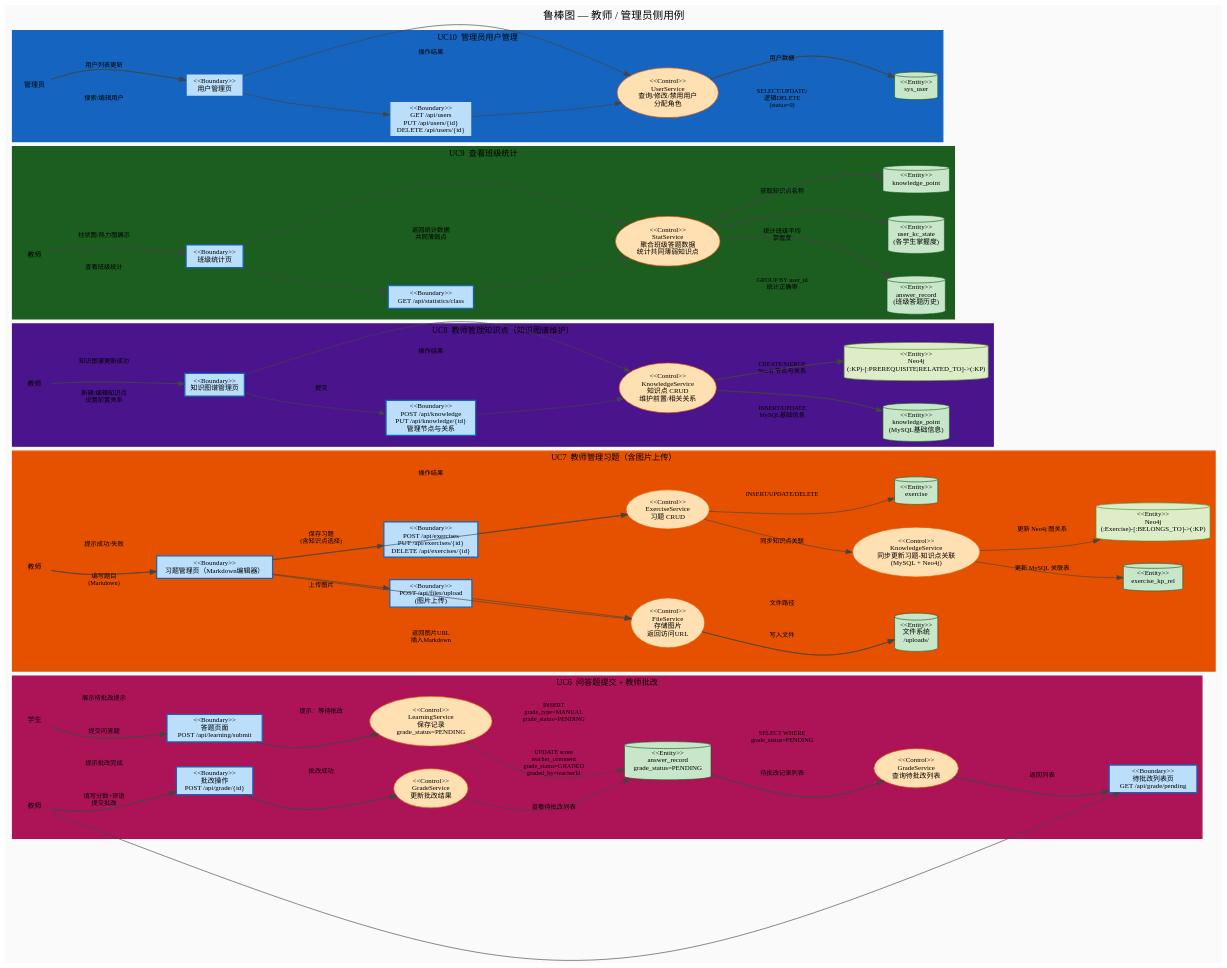
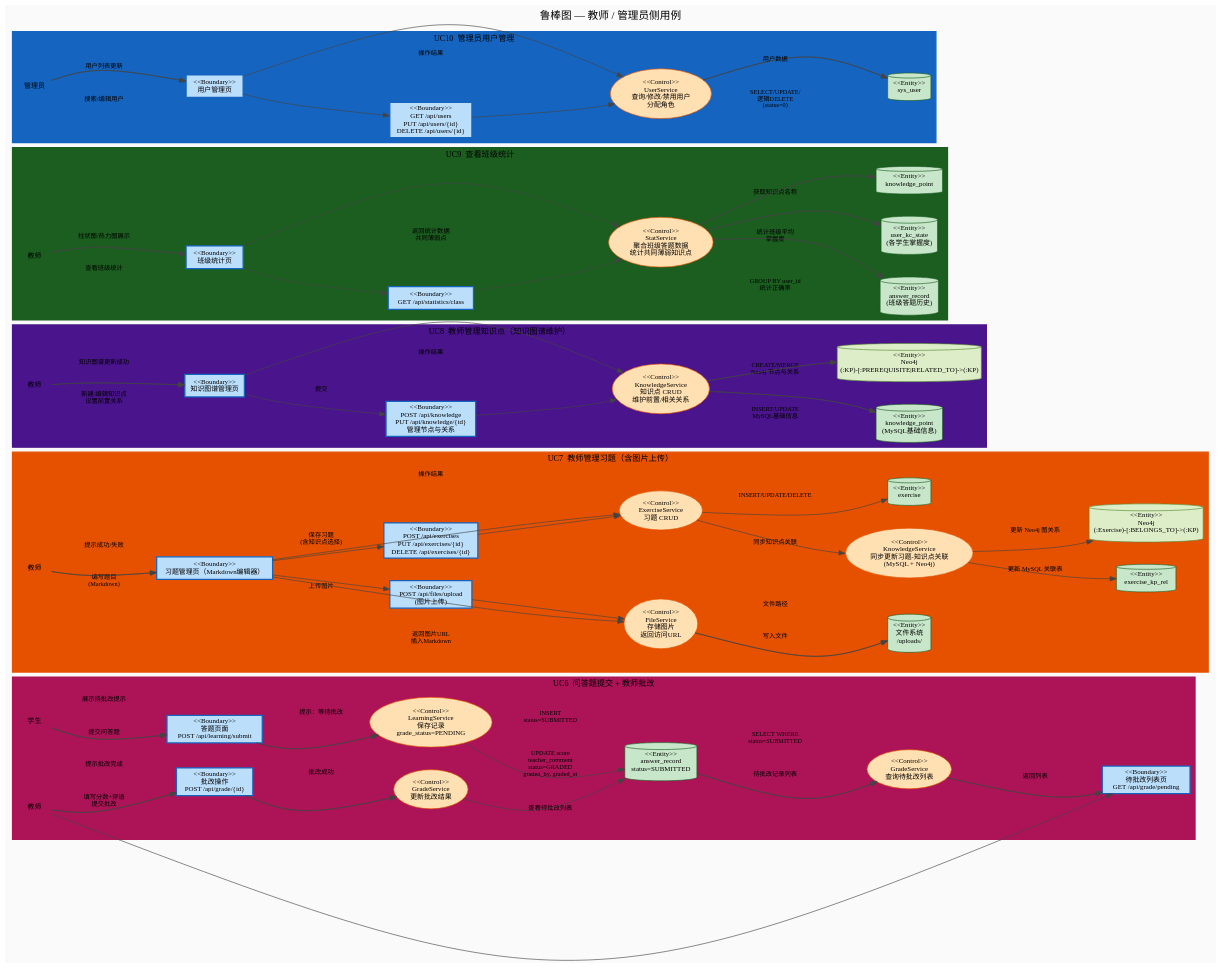
One commit to Efasfdasd452/reco_sys_ui changed the diagram in docs/robustness-teacher.dot. Above: the diagram before and after it, drawn with Graphviz. The commit also changed 30 other files, not shown here.

```diff
--- a/docs/robustness-teacher.dot
+++ b/docs/robustness-teacher.dot
@@ -54,24 +54,24 @@
         u6_c3 [label="<<Control>>\nGradeService\n更新批改结果"                     shape=ellipse style=filled fillcolor="#FFE0B2" color="#E65100"]
 
         // Entity
-        u6_e1 [label="<<Entity>>\nanswer_record\ngrade_status=PENDING" shape=cylinder style=filled fillcolor="#C8E6C9" color="#1B5E20"]
+        u6_e1 [label="<<Entity>>\nanswer_record\nstatus=SUBMITTED" shape=cylinder style=filled fillcolor="#C8E6C9" color="#1B5E20"]
     }
 
     u6_student -> u6_b1   [label="提交问答题"]
     u6_b1      -> u6_c1
-    u6_c1      -> u6_e1   [label="INSERT\ngrade_type=MANUAL\ngrade_status=PENDING"]
+    u6_c1      -> u6_e1   [label="INSERT\nstatus=SUBMITTED"]
     u6_c1      -> u6_b1   [label="提示：等待批改"]
     u6_b1      -> u6_student [label="展示待批改提示"]
 
     u6_teacher -> u6_b2   [label="查看待批改列表"]
     u6_b2      -> u6_c2
-    u6_c2      -> u6_e1   [label="SELECT WHERE\ngrade_status=PENDING"]
+    u6_c2      -> u6_e1   [label="SELECT WHERE\nstatus=SUBMITTED"]
     u6_e1      -> u6_c2   [label="待批改记录列表"]
     u6_c2      -> u6_b2   [label="返回列表"]
 
     u6_teacher -> u6_b3   [label="填写分数+评语\n提交批改"]
     u6_b3      -> u6_c3
-    u6_c3      -> u6_e1   [label="UPDATE score\nteacher_comment\ngrade_status=GRADED\ngraded_by=teacherId"]
+    u6_c3      -> u6_e1   [label="UPDATE score\nteacher_comment\nstatus=GRADED\ngraded_by, graded_at"]
     u6_c3      -> u6_b3   [label="批改成功"]
     u6_b3      -> u6_teacher [label="提示批改完成"]
 
```
